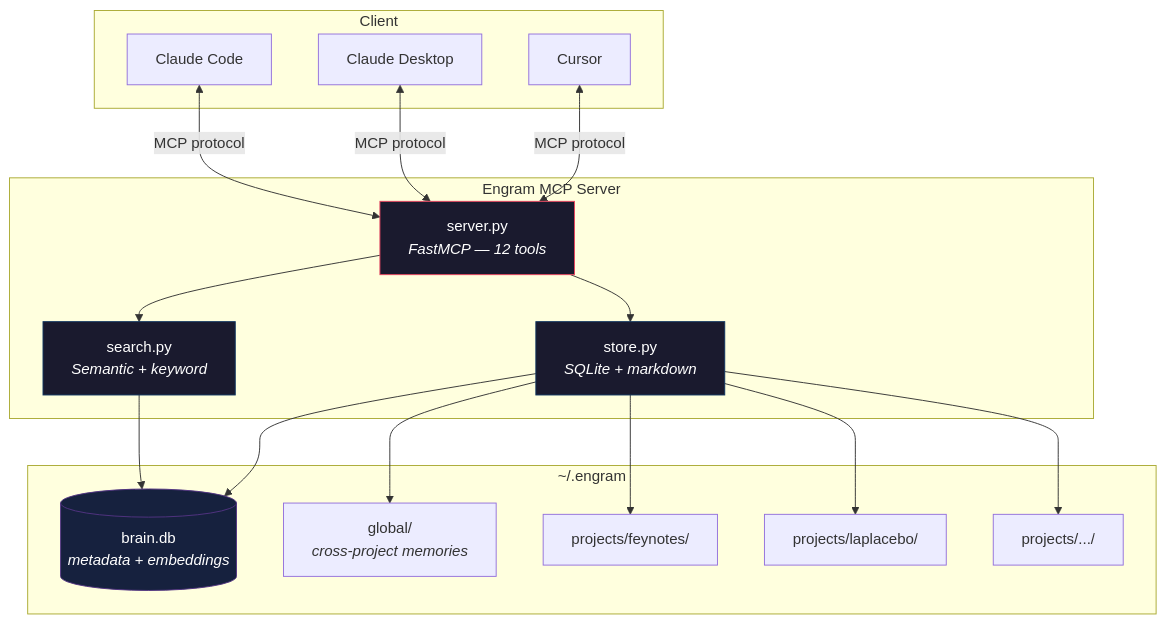
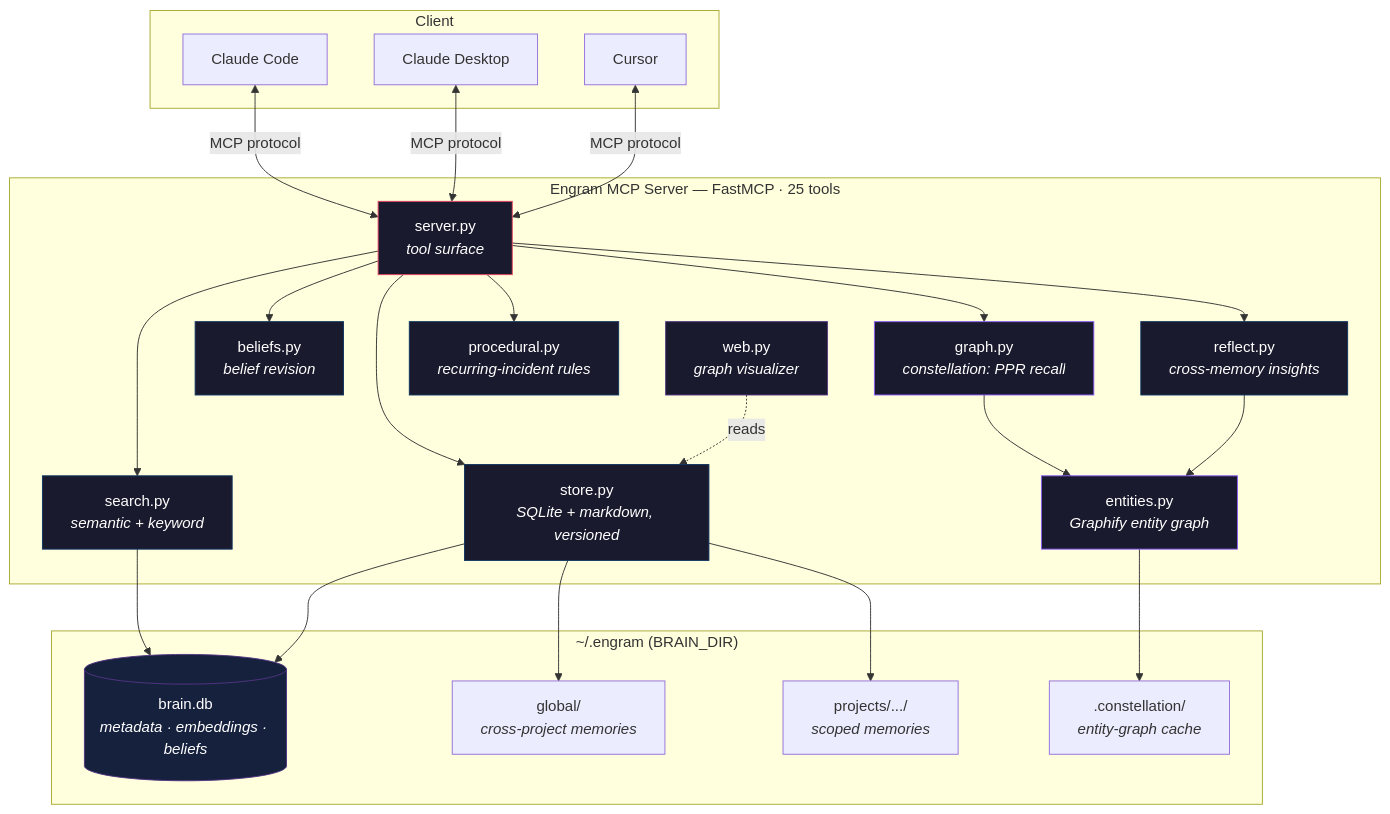
One commit to EliaCinti/engram changed the diagram in README.md. Above: the diagram before and after it, drawn with Mermaid. The commit also changed other lines of this file and 2 other files, not shown here.

First line of the commit message:
docs: README to 25 tools, gitignore personal loaders, server docstring

````diff
--- a/README.md
+++ b/README.md
@@ -59,34 +72,47 @@
 ```mermaid
 graph TB
     subgraph Client
         CC[Claude Code]
         CD[Claude Desktop]
         CU[Cursor]
     end
 
-    subgraph Engram MCP Server
-        S[server.py<br><i>FastMCP — 12 tools</i>]
-        SE[search.py<br><i>Semantic + keyword</i>]
-        ST[store.py<br><i>SQLite + markdown</i>]
+    subgraph Server ["Engram MCP Server — FastMCP · 25 tools"]
+        S[server.py<br><i>tool surface</i>]
+        ST[store.py<br><i>SQLite + markdown, versioned</i>]
+        SE[search.py<br><i>semantic + keyword</i>]
+        GR[graph.py<br><i>constellation: PPR recall</i>]
+        EN[entities.py<br><i>Graphify entity graph</i>]
+        BE[beliefs.py<br><i>belief revision</i>]
+        RE[reflect.py<br><i>cross-memory insights</i>]
+        PR[procedural.py<br><i>recurring-incident rules</i>]
+        WE[web.py<br><i>graph visualizer</i>]
     end
 
-    subgraph Storage ["~/.engram"]
-        DB[(brain.db<br><i>metadata + embeddings</i>)]
+    subgraph Storage ["~/.engram (BRAIN_DIR)"]
+        DB[(brain.db<br><i>metadata · embeddings · beliefs</i>)]
         GL[global/<br><i>cross-project memories</i>]
-        P1[projects/feynotes/]
-        P2[projects/laplacebo/]
-        P3[projects/.../]
+        PJ[projects/.../<br><i>scoped memories</i>]
+        CO[.constellation/<br><i>entity-graph cache</i>]
     end
 
     CC & CD & CU <-->|MCP protocol| S
-    S --> SE
-    S --> ST
+    S --> SE & ST & GR & BE & RE & PR
+    GR --> EN
+    RE --> EN
     SE --> DB
-    ST --> DB
-    ST --> GL & P1 & P2 & P3
+    ST --> DB & GL & PJ
+    EN --> CO
+    WE -.->|reads| ST
 
     style S fill:#1a1a2e,stroke:#e94560,color:#fff
+    style ST fill:#1a1a2e,stroke:#0f3460,color:#fff
     style SE fill:#1a1a2e,stroke:#0f3460,color:#fff
-    style ST fill:#1a1a2e,stroke:#0f3460,color:#fff
+    style GR fill:#1a1a2e,stroke:#8b5cf6,color:#fff
+    style EN fill:#1a1a2e,stroke:#8b5cf6,color:#fff
+    style BE fill:#1a1a2e,stroke:#0f3460,color:#fff
+    style RE fill:#1a1a2e,stroke:#0f3460,color:#fff
+    style PR fill:#1a1a2e,stroke:#0f3460,color:#fff
+    style WE fill:#1a1a2e,stroke:#533483,color:#fff
     style DB fill:#16213e,stroke:#533483,color:#fff
 ```
````
